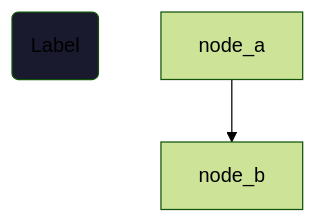
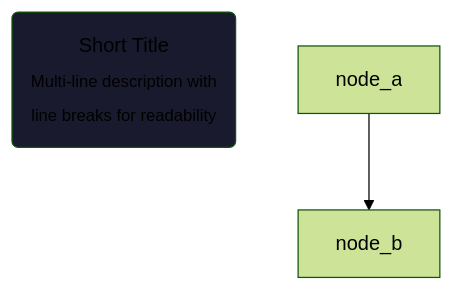
One commit to NamHyeongKeol/viz-vibe changed the fourth of 9 diagrams in shared/templates/VIZVIBE.md. Above: the diagram before and after it, drawn with Mermaid (forest theme). The commit also changed other lines of this file and 2 other files, not shown here.

First line of the commit message:
feat: improve node description format with richer content and shorter line breaks

````diff
--- a/shared/templates/VIZVIBE.md
+++ b/shared/templates/VIZVIBE.md
@@ -493,17 +495,17 @@
 ```mermaid
 flowchart TD
     %% === PROJECT GOALS ===
     %% Ultimate Goal: [describe the final objective]
     %% Current Goal: [describe immediate focus]
     %% @lastActive: node_id
 
     %% === NODES ===
-    %% @node_id [type, state]: Description
-    node_id("Label")
+    %% @node_id [type, state]
+    node_id("Short Title<br/><sub>Multi-line description with<br/>line breaks for readability</sub>")
 
     %% === EDGES ===
     node_a --> node_b
 
     %% === STYLES ===
     style node_id fill:#1a1a2e,stroke:#color,color:#text
 ```
````
